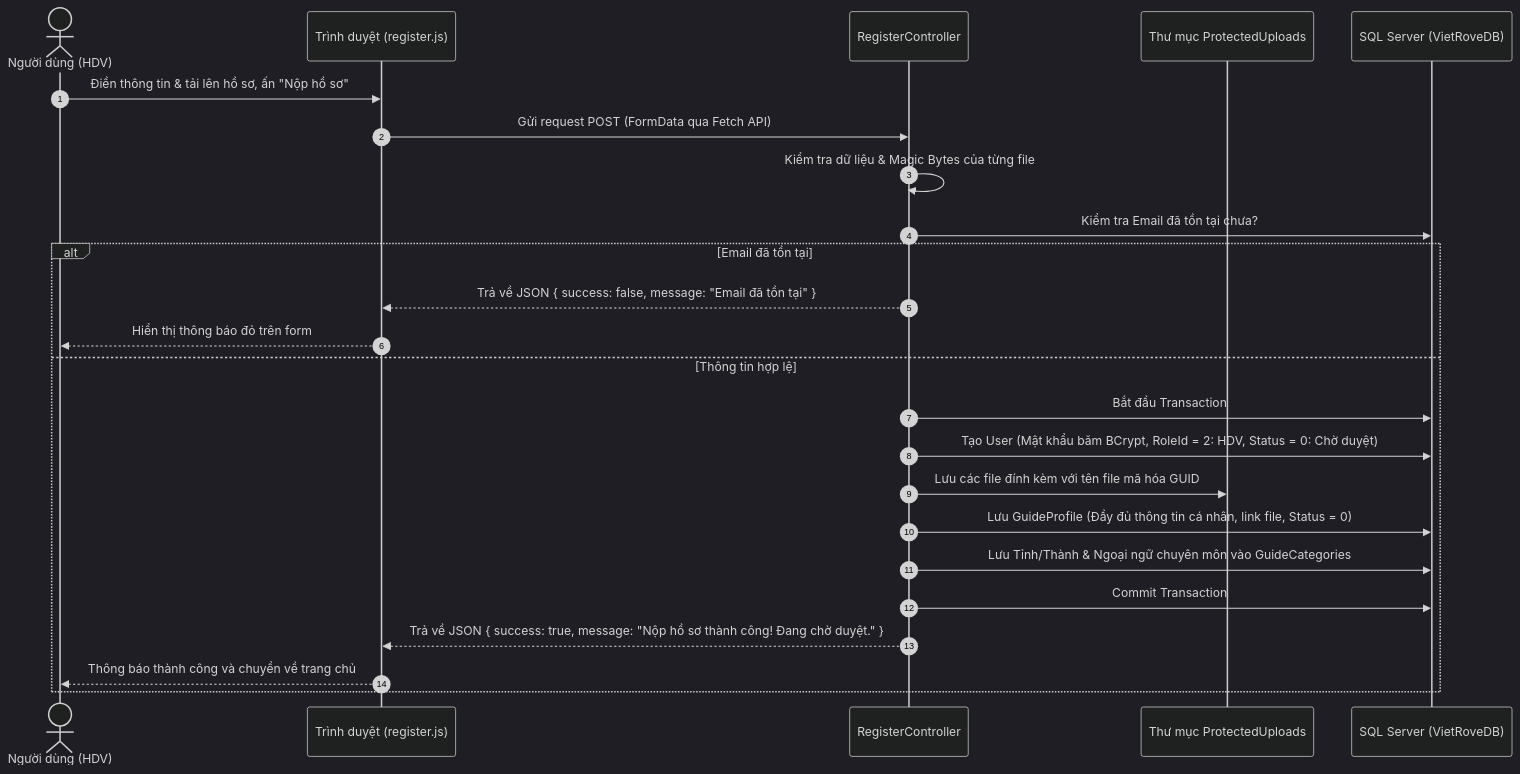
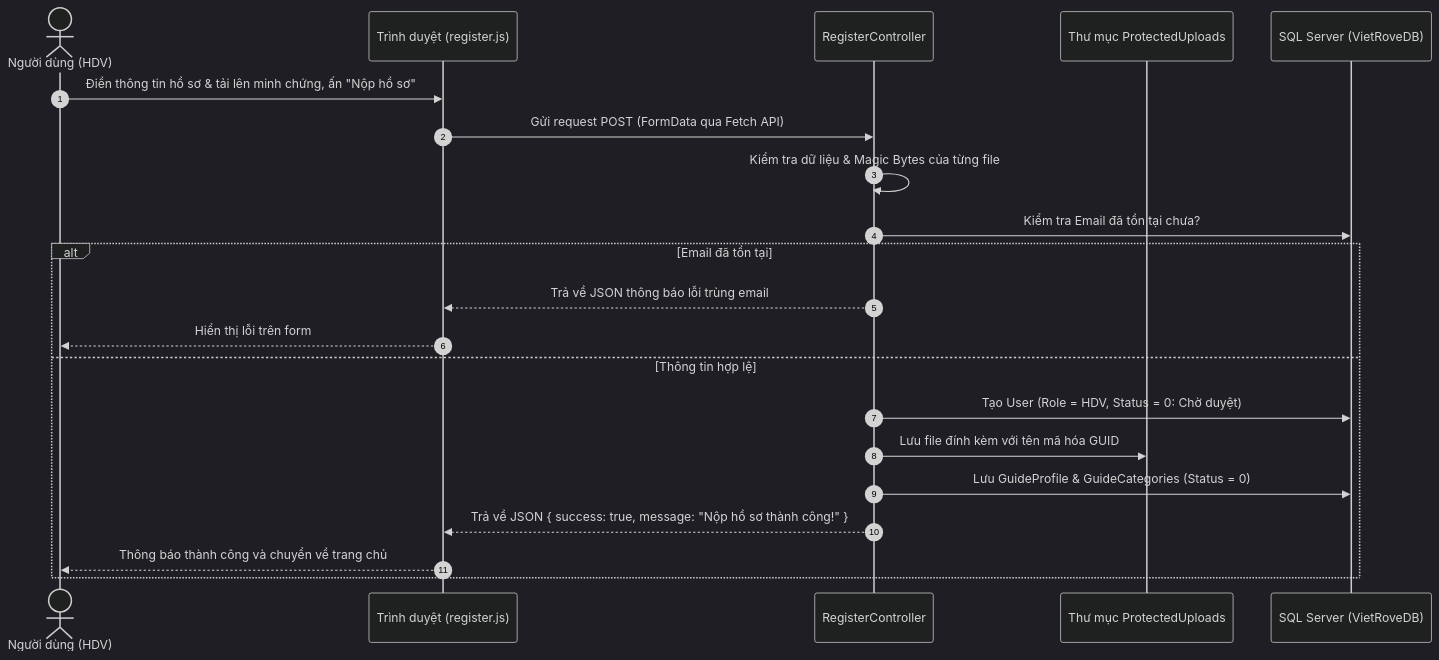
One commit to minhdangtrann2355/VietRove changed the diagram in README.md. Above: the diagram before and after it, drawn with Mermaid (dark theme). The commit also changed other lines of this file and 22 other files, not shown here.

Commit message:
Them _GuestLayout + dropdown Gioi thieu gom (About, Vision, Regulations, Rules, GuideRegister), Cac trang deu co Hero Banner , hoan thien tim kiem HDV cua guest

````diff
--- a/README.md
+++ b/README.md
@@ -47,27 +115,24 @@
 ```mermaid
 sequenceDiagram
     autonumber
     actor User as Người dùng (HDV)
     participant Client as Trình duyệt (register.js)
     participant Controller as RegisterController
     participant FileSys as Thư mục ProtectedUploads
     participant DB as SQL Server (VietRoveDB)
 
-    User->>Client: Điền thông tin & tải lên hồ sơ, ấn "Nộp hồ sơ"
+    User->>Client: Điền thông tin hồ sơ & tải lên minh chứng, ấn "Nộp hồ sơ"
     Client->>Controller: Gửi request POST (FormData qua Fetch API)
     Controller->>Controller: Kiểm tra dữ liệu & Magic Bytes của từng file
     Controller->>DB: Kiểm tra Email đã tồn tại chưa?
     alt Email đã tồn tại
-        Controller-->>Client: Trả về JSON { success: false, message: "Email đã tồn tại" }
-        Client-->>User: Hiển thị thông báo đỏ trên form
+        Controller-->>Client: Trả về JSON thông báo lỗi trùng email
+        Client-->>User: Hiển thị lỗi trên form
     else Thông tin hợp lệ
-        Controller->>DB: Bắt đầu Transaction
-        Controller->>DB: Tạo User (Mật khẩu băm BCrypt, RoleId = 2: HDV, Status = 0: Chờ duyệt)
-        Controller->>FileSys: Lưu các file đính kèm với tên file mã hóa GUID
-        Controller->>DB: Lưu GuideProfile (Đầy đủ thông tin cá nhân, link file, Status = 0)
-        Controller->>DB: Lưu Tỉnh/Thành & Ngoại ngữ chuyên môn vào GuideCategories
-        Controller->>DB: Commit Transaction
-        Controller-->>Client: Trả về JSON { success: true, message: "Nộp hồ sơ thành công! Đang chờ duyệt." }
+        Controller->>DB: Tạo User (Role = HDV, Status = 0: Chờ duyệt)
+        Controller->>FileSys: Lưu file đính kèm với tên mã hóa GUID
+        Controller->>DB: Lưu GuideProfile & GuideCategories (Status = 0)
+        Controller-->>Client: Trả về JSON { success: true, message: "Nộp hồ sơ thành công!" }
         Client-->>User: Thông báo thành công và chuyển về trang chủ
     end
 ```
````
